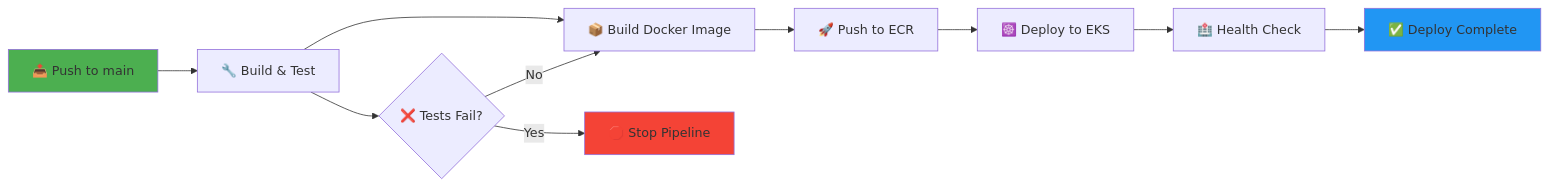
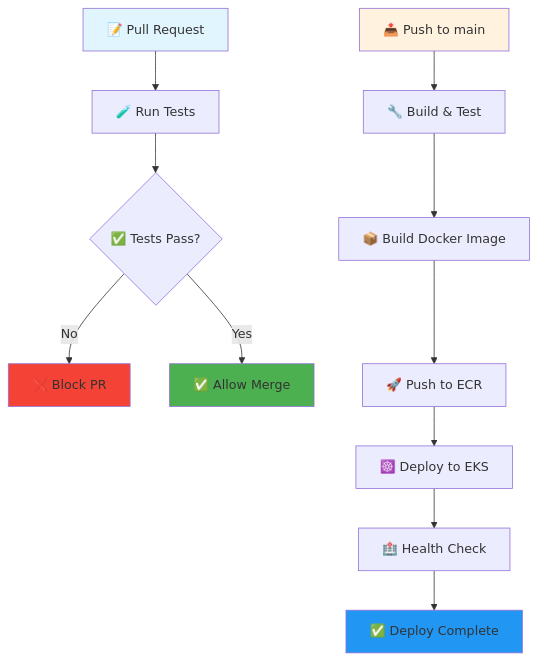
The fifth of 6 diagrams in README.md (FIAP-Tech-Challange/app-service), drawn with Mermaid before and after one commit. The commit also changed other lines of this file and 1 other file, not shown here.

Commit message:
feat: add tests in pipe

````diff
--- a/README.md
+++ b/README.md
@@ -661,17 +672,20 @@
 ```mermaid
-graph LR
-    A[📤 Push to main] --> B[🔧 Build & Test]
-    B --> C[📦 Build Docker Image]
-    C --> D[🚀 Push to ECR]
-    D --> E[☸️ Deploy to EKS]
-    E --> F[🏥 Health Check]
-    F --> G[✅ Deploy Complete]
-    
-    B --> H{❌ Tests Fail?}
-    H -->|Yes| I[🛑 Stop Pipeline]
-    H -->|No| C
-    
-    style A fill:#4caf50
-    style G fill:#2196f3
-    style I fill:#f44336
+graph TD
+    A[📝 Pull Request] --> B[🧪 Run Tests]
+    B --> C{✅ Tests Pass?}
+    C -->|No| D[❌ Block PR]
+    C -->|Yes| E[✅ Allow Merge]
+
+    F[📤 Push to main] --> G[🔧 Build & Test]
+    G --> H[📦 Build Docker Image]
+    H --> I[🚀 Push to ECR]
+    I --> J[☸️ Deploy to EKS]
+    J --> K[🏥 Health Check]
+    K --> L[✅ Deploy Complete]
+
+    style A fill:#e1f5fe
+    style E fill:#4caf50
+    style D fill:#f44336
+    style F fill:#fff3e0
+    style L fill:#2196f3
 ```
````
